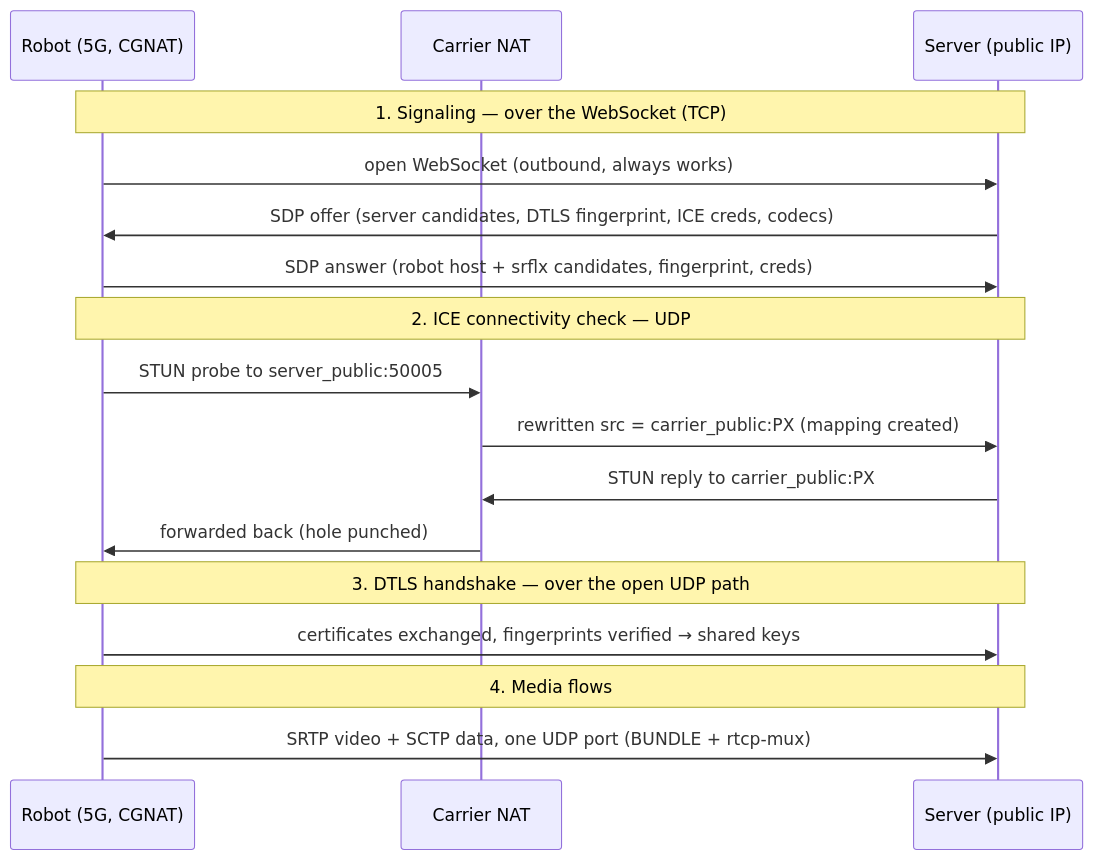
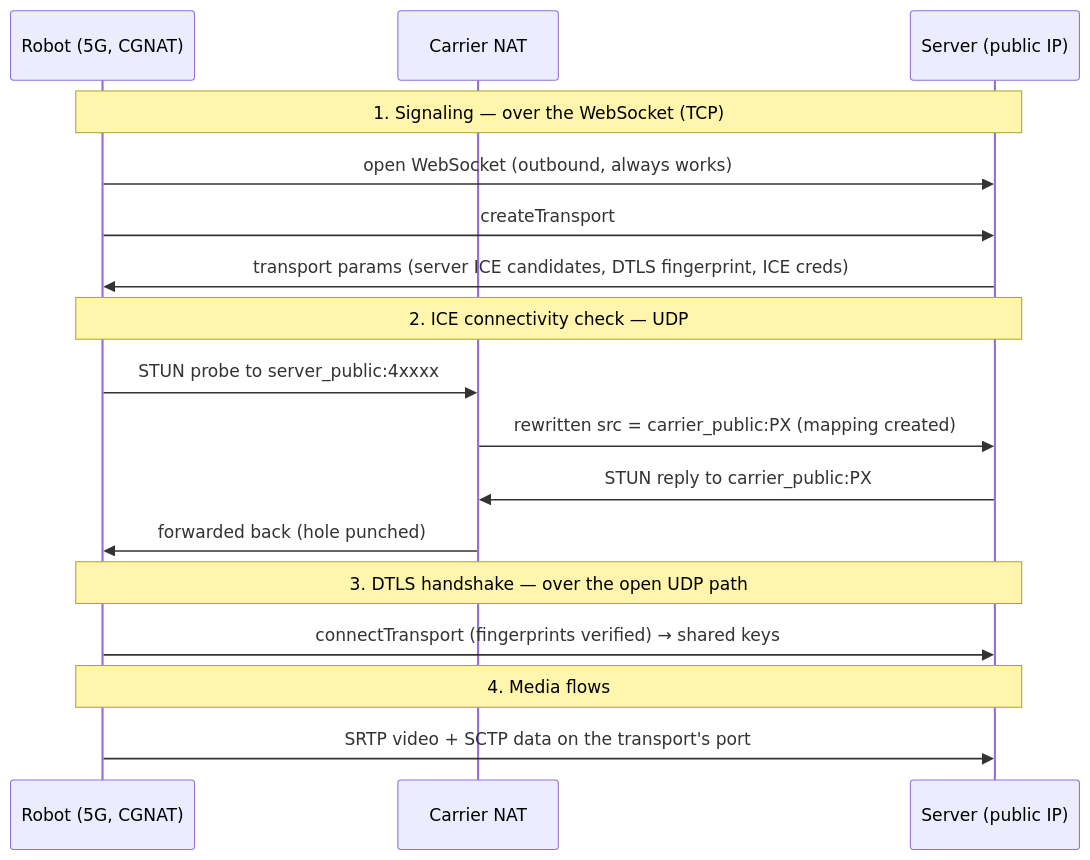
One commit to Emil1483/web-rtc-test changed the second of 3 diagrams in README.md. Above: the diagram before and after it, drawn with Mermaid. The commit also changed other lines of this file, not shown here.

````diff
--- a/README.md
+++ b/README.md
@@ -369,23 +384,23 @@
 ```mermaid
 sequenceDiagram
     participant R as Robot (5G, CGNAT)
     participant N as Carrier NAT
     participant S as Server (public IP)
 
     Note over R,S: 1. Signaling — over the WebSocket (TCP)
     R->>S: open WebSocket (outbound, always works)
-    S->>R: SDP offer (server candidates, DTLS fingerprint, ICE creds, codecs)
-    R->>S: SDP answer (robot host + srflx candidates, fingerprint, creds)
+    R->>S: createTransport
+    S->>R: transport params (server ICE candidates, DTLS fingerprint, ICE creds)
 
     Note over R,S: 2. ICE connectivity check — UDP
-    R->>N: STUN probe to server_public:50005
+    R->>N: STUN probe to server_public:4xxxx
     N->>S: rewritten src = carrier_public:PX (mapping created)
     S->>N: STUN reply to carrier_public:PX
     N->>R: forwarded back (hole punched)
 
     Note over R,S: 3. DTLS handshake — over the open UDP path
-    R->>S: certificates exchanged, fingerprints verified → shared keys
+    R->>S: connectTransport (fingerprints verified) → shared keys
 
     Note over R,S: 4. Media flows
-    R->>S: SRTP video + SCTP data, one UDP port (BUNDLE + rtcp-mux)
+    R->>S: SRTP video + SCTP data on the transport's port
 ```
````
